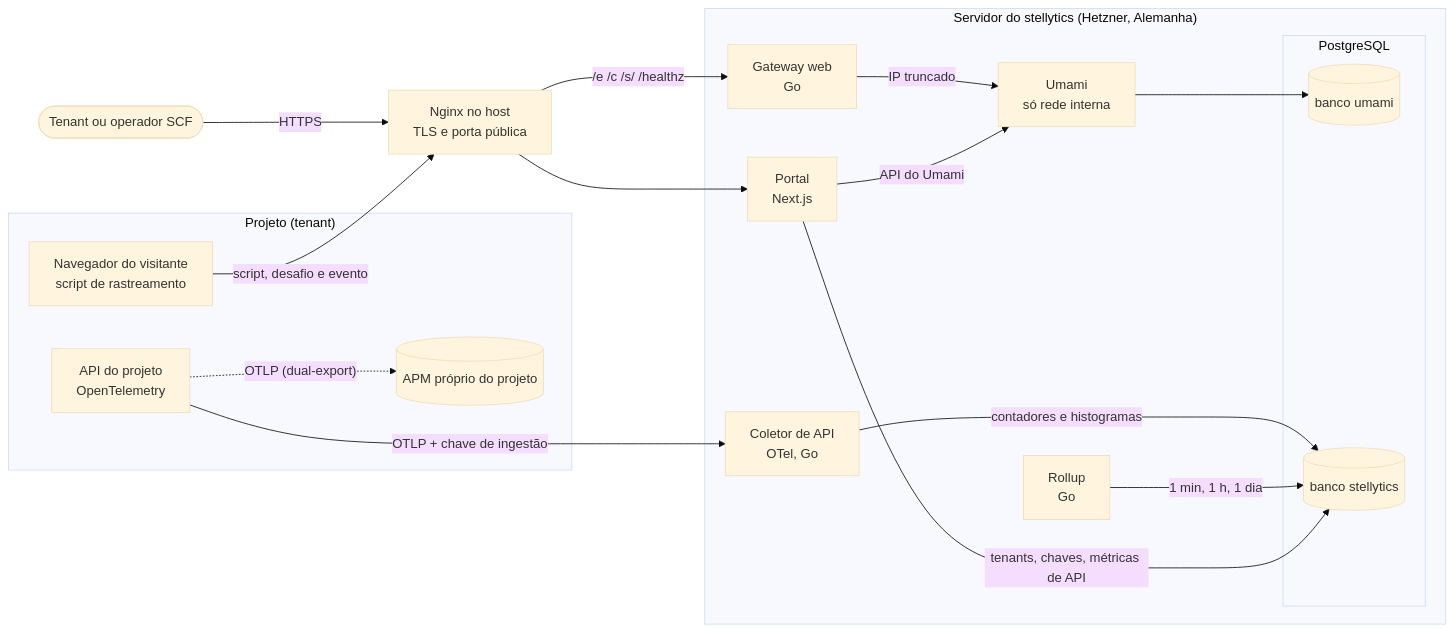
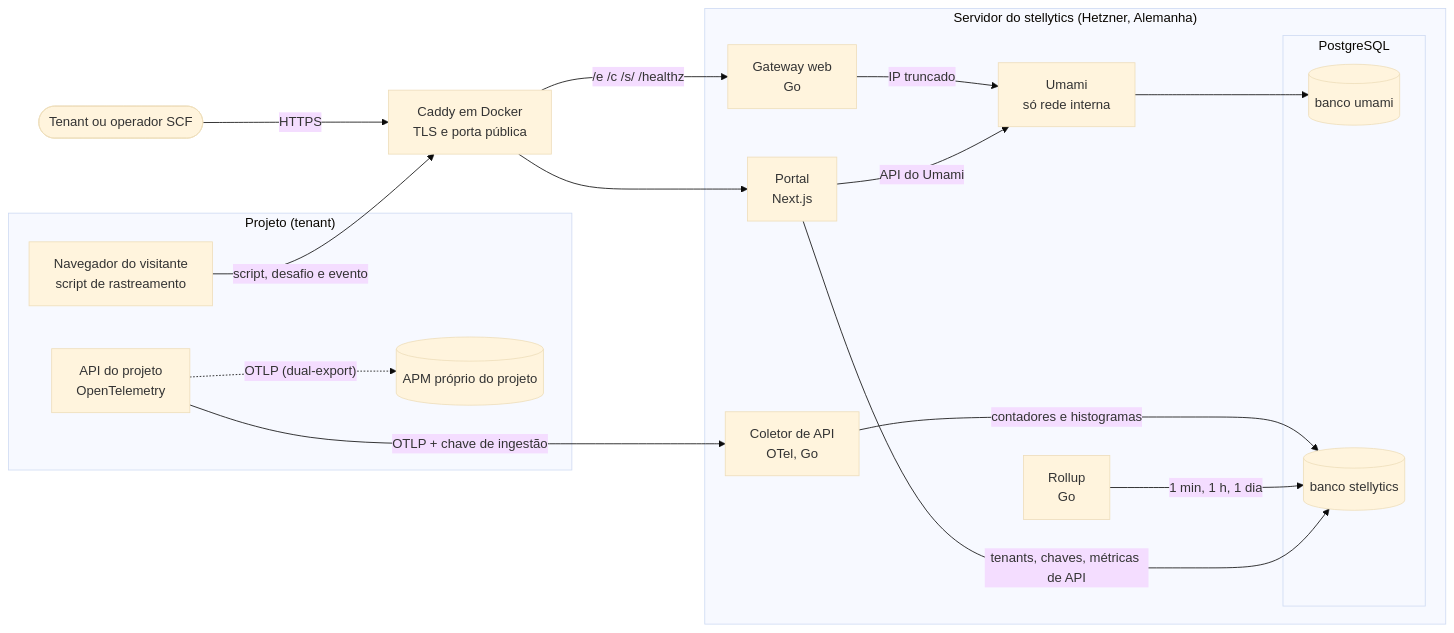
One commit to manucadev81/stellytics changed the first of 3 diagrams in docs/arquitetura.md. Above: the diagram before and after it, drawn with Mermaid (base theme). The commit also changed other lines of this file and 32 other files, not shown here.

````diff
--- a/docs/arquitetura.md
+++ b/docs/arquitetura.md
@@ -11,37 +11,37 @@
 ```mermaid
 flowchart LR
   subgraph tenant["Projeto (tenant)"]
     nav["Navegador do visitante<br/>script de rastreamento"]
     api["API do projeto<br/>OpenTelemetry"]
     apm[("APM próprio do projeto")]
   end
 
   pessoa(["Tenant ou operador SCF"])
 
-  nginx["Nginx no host<br/>TLS e porta pública"]
+  caddy["Caddy em Docker<br/>TLS e porta pública"]
 
   subgraph vm["Servidor do stellytics (Hetzner, Alemanha)"]
     portal["Portal<br/>Next.js"]
     gw["Gateway web<br/>Go"]
     umami["Umami<br/>só rede interna"]
     col["Coletor de API<br/>OTel, Go"]
     roll["Rollup<br/>Go"]
     subgraph pg["PostgreSQL"]
       dbu[("banco umami")]
       dbn[("banco stellytics")]
     end
   end
 
-  nav -->|"script, desafio e evento"| nginx
+  nav -->|"script, desafio e evento"| caddy
   api -->|"OTLP + chave de ingestão"| col
   api -.->|"OTLP (dual-export)"| apm
-  pessoa -->|"HTTPS"| nginx
-  nginx -->|"/e /c /s/ /healthz"| gw
-  nginx --> portal
+  pessoa -->|"HTTPS"| caddy
+  caddy -->|"/e /c /s/ /healthz"| gw
+  caddy --> portal
   gw -->|"IP truncado"| umami
   umami --> dbu
   col -->|"contadores e histogramas"| dbn
   roll -->|"1 min, 1 h, 1 dia"| dbn
   portal -->|"API do Umami"| umami
   portal -->|"tenants, chaves, métricas de API"| dbn
 ```
````
